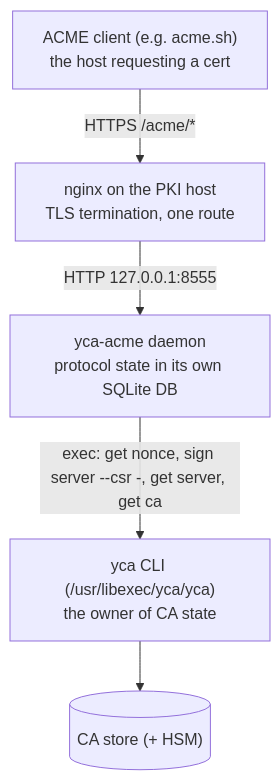
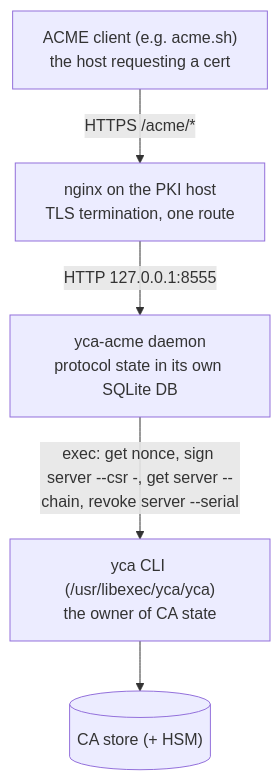
The first of 2 diagrams in docs/acme-operation.md (p7cq/yca), drawn with Mermaid before and after one commit. The commit also changed other lines of this file and 5 other files, not shown here.

````diff
--- a/docs/acme-operation.md
+++ b/docs/acme-operation.md
@@ -8,12 +8,12 @@
 ```mermaid
 flowchart TD
     client["ACME client (e.g. acme.sh)<br/>the host requesting a cert"]
     nginx["nginx on the PKI host<br/>TLS termination, one route"]
     daemon["yca-acme daemon<br/>protocol state in its own SQLite DB"]
     cli["yca CLI (/usr/libexec/yca/yca)<br/>the owner of CA state"]
     store[("CA store (+ HSM)")]
     client -->|"HTTPS /acme/*"| nginx
     nginx -->|"HTTP 127.0.0.1:8555"| daemon
-    daemon -->|"exec: get nonce, sign server --csr -, get server, get ca"| cli
+    daemon -->|"exec: get nonce, sign server --csr -, get server --chain, revoke server --serial"| cli
     cli --> store
 ```
````
